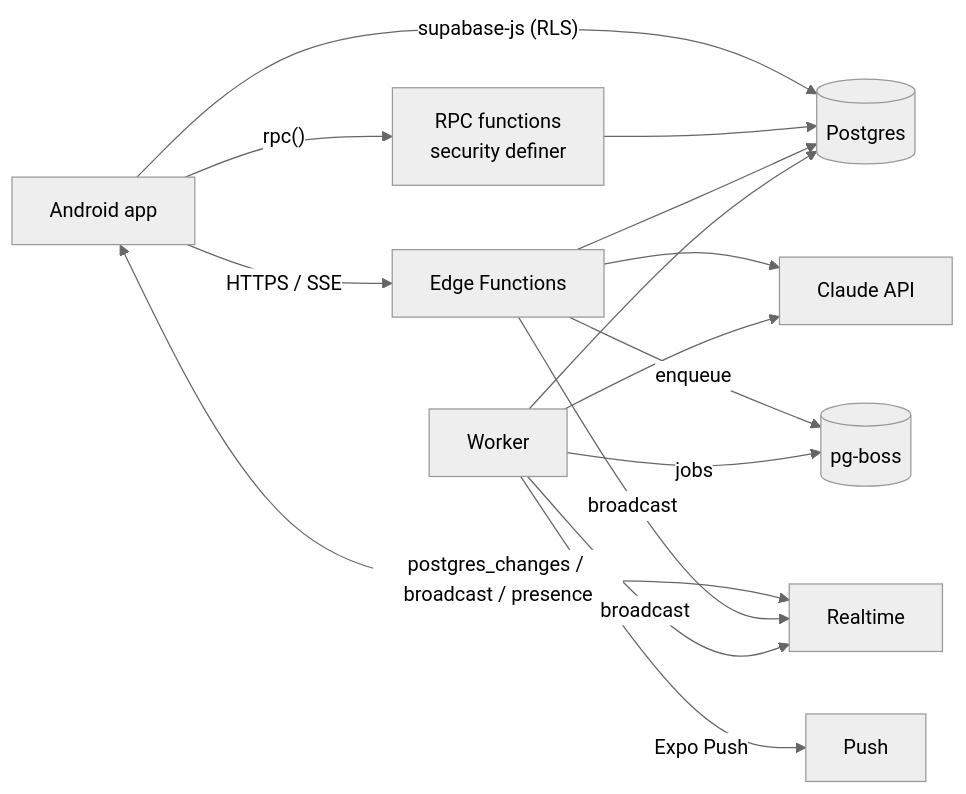
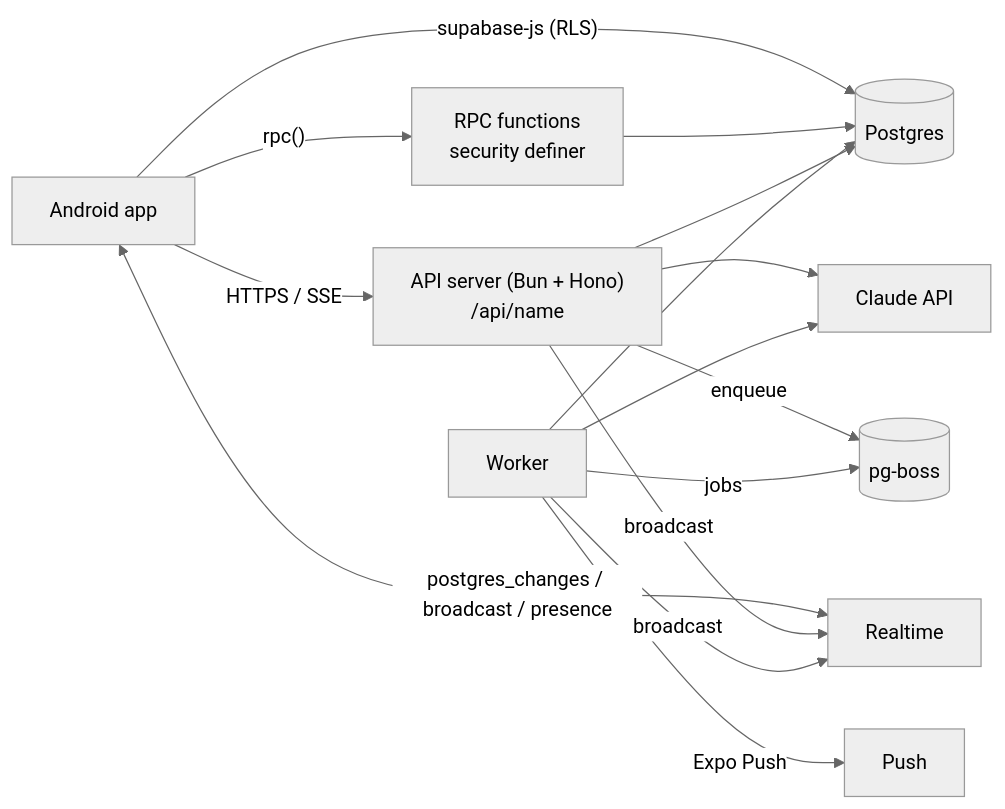
Before and after one commit to mariajunqueiramirandas-cpu/Studify: the first of 2 diagrams in docs/engineering/api.md, drawn with Mermaid (neutral theme). The commit also changed other lines of this file and 174 other files, not shown here.

First line of the commit message:
feat(api): replace Supabase Edge Functions with a Bun + Hono API for the VPS

````diff
--- a/docs/engineering/api.md
+++ b/docs/engineering/api.md
@@ -14,17 +20,17 @@
 ```mermaid
 flowchart LR
   App["Android app"] -- "supabase-js (RLS)" --> PG[("Postgres")]
   App -- "rpc()" --> RPC["RPC functions<br/>security definer"]
   RPC --> PG
-  App -- "HTTPS / SSE" --> Edge["Edge Functions"]
+  App -- "HTTPS / SSE" --> Edge["API server (Bun + Hono)<br/>/api/name"]
   Edge --> PG
   Edge --> Claude["Claude API"]
   Edge -- "enqueue" --> Q[("pg-boss")]
   Worker["Worker"] -- "jobs" --> Q
   Worker --> Claude
   Worker --> PG
   Worker -- "Expo Push" --> Phone["Push"]
   App <-- "postgres_changes / broadcast / presence" --> RT["Realtime"]
   Edge -- "broadcast" --> RT
   Worker -- "broadcast" --> RT
 ```
````
